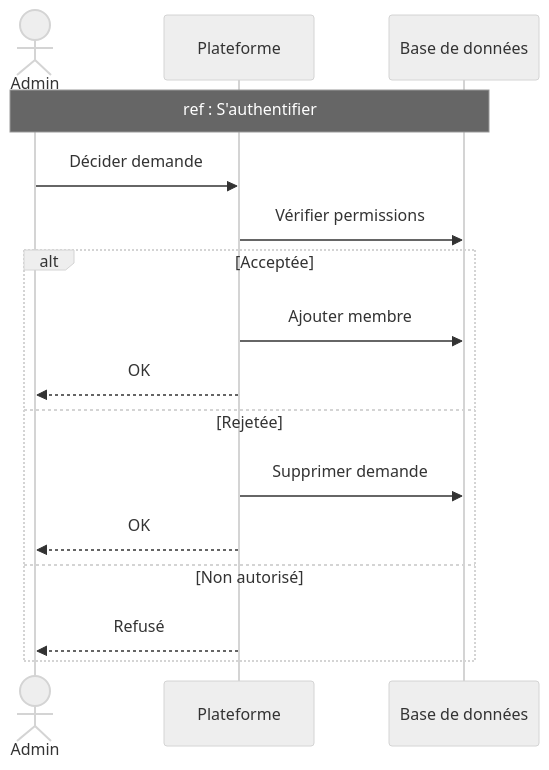
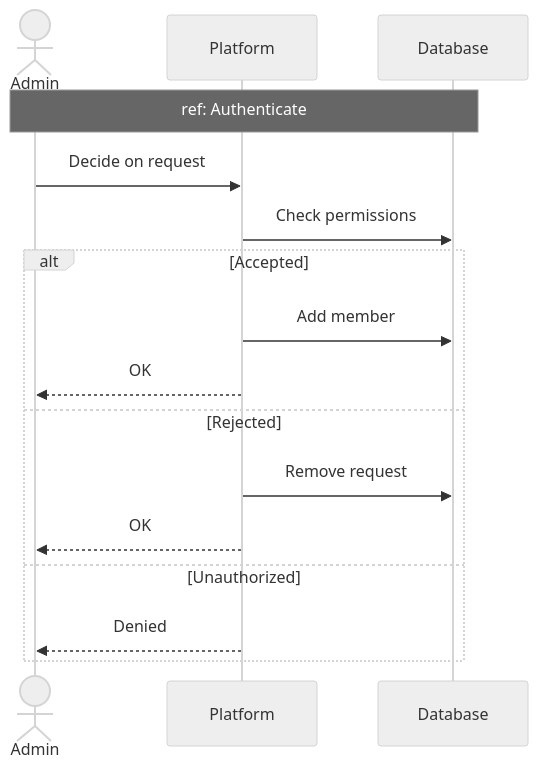
The seventh of 16 diagrams in docs/SEQUENCE_DIAGRAMS.md (MohamedChebbi123/teamnest), drawn with Mermaid (neutral theme) before and after one commit. The commit also changed other lines of this file, not shown here.

````diff
--- a/docs/SEQUENCE_DIAGRAMS.md
+++ b/docs/SEQUENCE_DIAGRAMS.md
@@ -216,20 +219,20 @@
 ```mermaid
 sequenceDiagram
     actor Admin
-    participant API as Plateforme
-    participant DB as Base de données
+    participant API as Platform
+    participant DB as Database
 
-    Note over Admin,DB: ref : S'authentifier
+    Note over Admin,DB: ref: Authenticate
 
-    Admin->>API: Décider demande
-    API->>DB: Vérifier permissions
-    alt Acceptée
-        API->>DB: Ajouter membre
+    Admin->>API: Decide on request
+    API->>DB: Check permissions
+    alt Accepted
+        API->>DB: Add member
         API-->>Admin: OK
-    else Rejetée
-        API->>DB: Supprimer demande
+    else Rejected
+        API->>DB: Remove request
         API-->>Admin: OK
-    else Non autorisé
-        API-->>Admin: Refusé
+    else Unauthorized
+        API-->>Admin: Denied
     end
 ```
````
